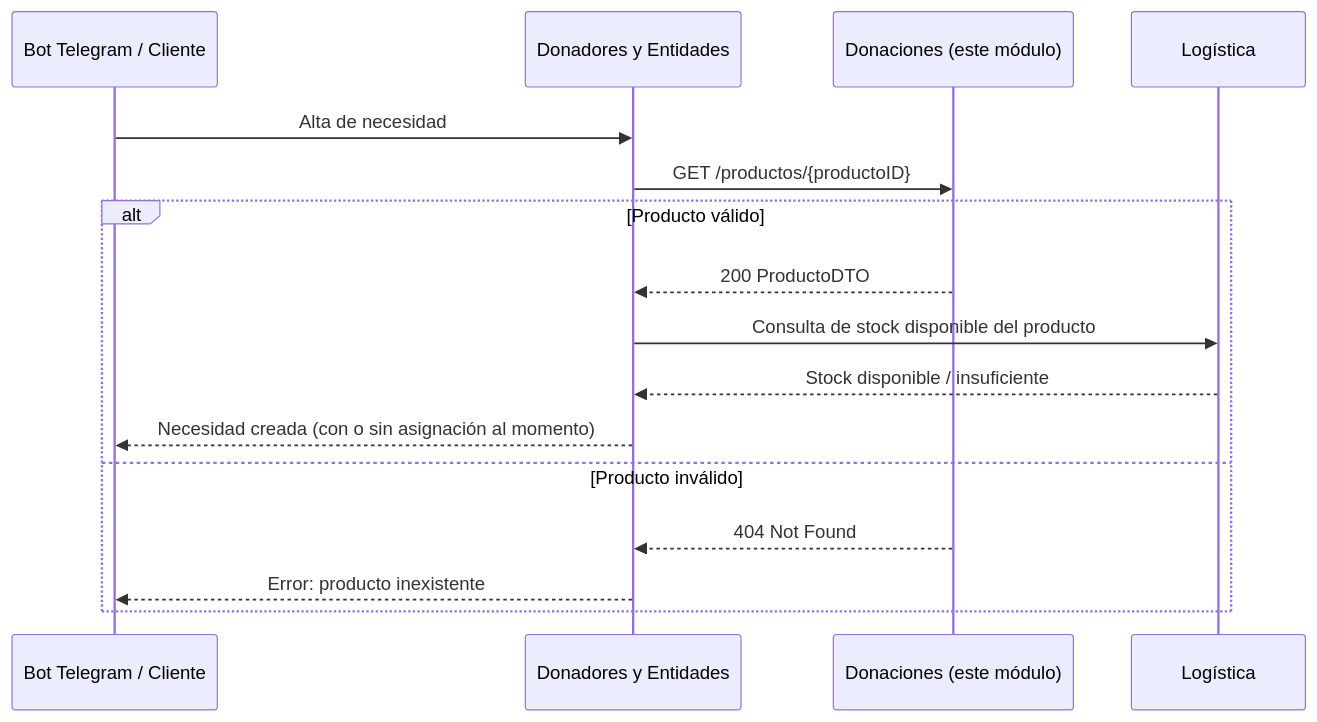
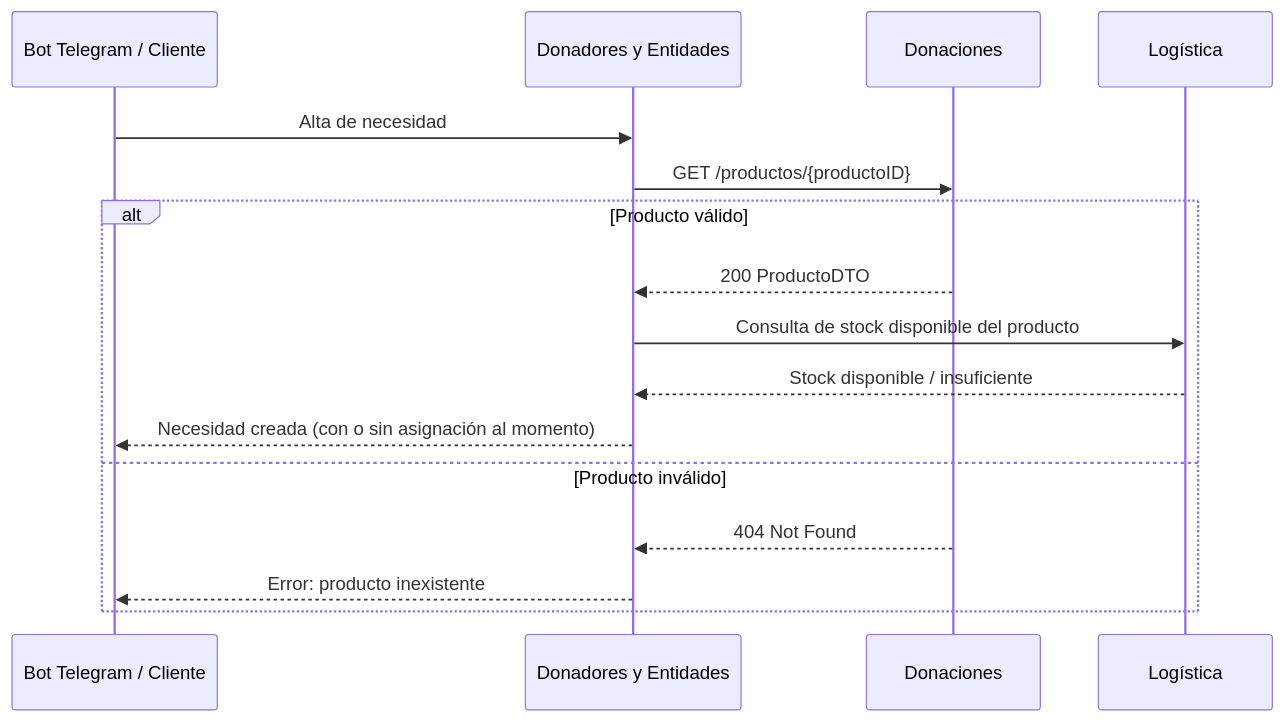
Before and after one commit to 2026-ddsi-tpa-los-404/donaciones: the third of 4 diagrams in docs/arquitectura.md, drawn with Mermaid.

Commit message:
Retiro Aclaracion inecesaria

````diff
--- a/docs/arquitectura.md
+++ b/docs/arquitectura.md
@@ -58,19 +58,19 @@
 ```mermaid
 sequenceDiagram
     participant Bot as Bot Telegram / Cliente
     participant DYE as Donadores y Entidades
-    participant DON as Donaciones (este módulo)
+    participant DON as Donaciones
     participant LOG as Logística
 
     Bot->>DYE: Alta de necesidad
     DYE->>DON: GET /productos/{productoID}
     alt Producto válido
         DON-->>DYE: 200 ProductoDTO
         DYE->>LOG: Consulta de stock disponible del producto
         LOG-->>DYE: Stock disponible / insuficiente
         DYE-->>Bot: Necesidad creada (con o sin asignación al momento)
     else Producto inválido
         DON-->>DYE: 404 Not Found
         DYE-->>Bot: Error: producto inexistente
     end
 ```
````
